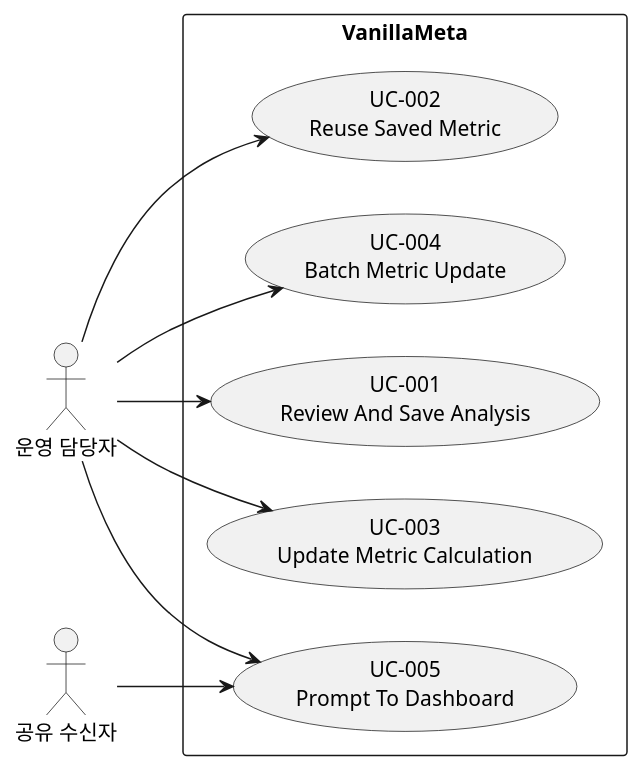
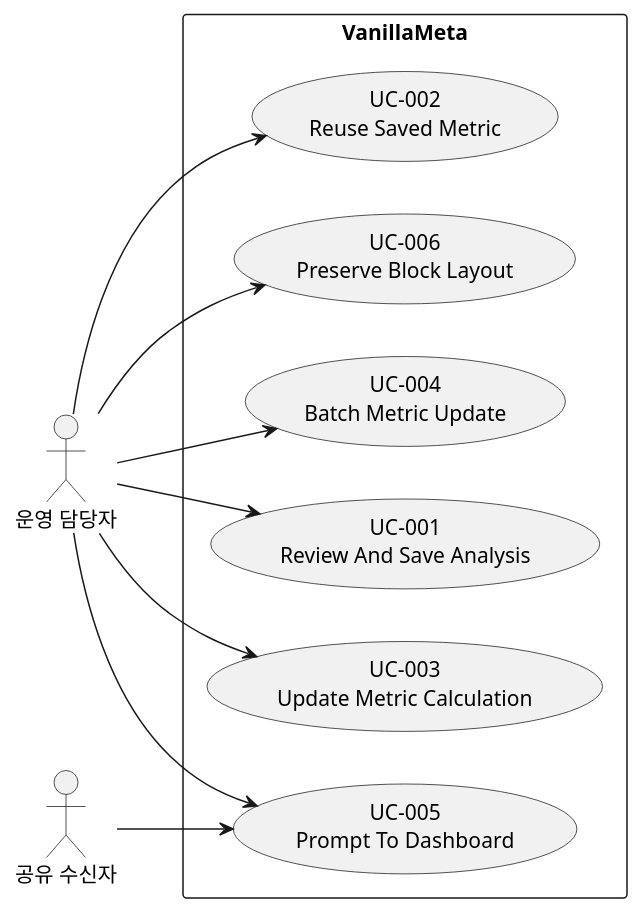
Before and after one commit to vanillabrain/vanillameta: the diagram in docs/use_cases.puml, drawn with PlantUML. The commit also changed 24 other files, not shown here.

Commit message:
feat: preserve block identity and layout across AI edits

```diff
--- a/docs/use_cases.puml
+++ b/docs/use_cases.puml
@@ -1,18 +1,20 @@
 @startuml
 left to right direction
 actor "운영 담당자" as operator
 rectangle "VanillaMeta" {
+ usecase "UC-006\nPreserve Block Layout" as UC006
  usecase "UC-005\nPrompt To Dashboard" as UC005
  usecase "UC-004\nBatch Metric Update" as UC004
  usecase "UC-001\nReview And Save Analysis" as UC001
  usecase "UC-003\nUpdate Metric Calculation" as UC003
  usecase "UC-002\nReuse Saved Metric" as UC002
 }
+operator --> UC006
 operator --> UC005
 actor "공유 수신자" as recipient
 recipient --> UC005
 operator --> UC004
 operator --> UC003
 operator --> UC002
 operator --> UC001
 @enduml
```
